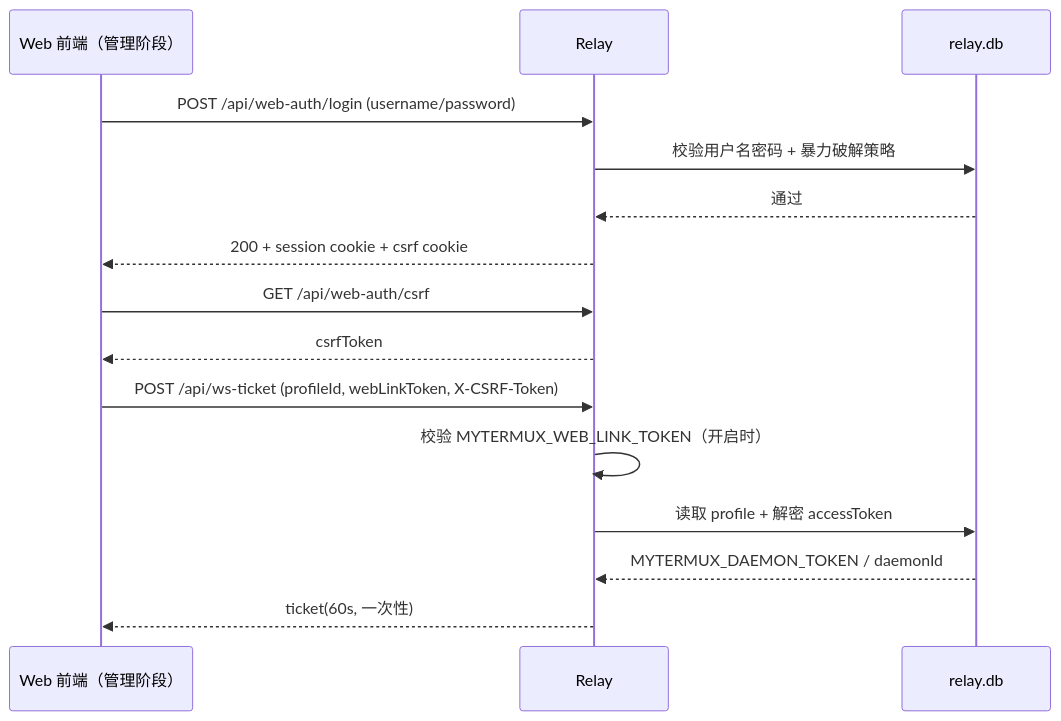
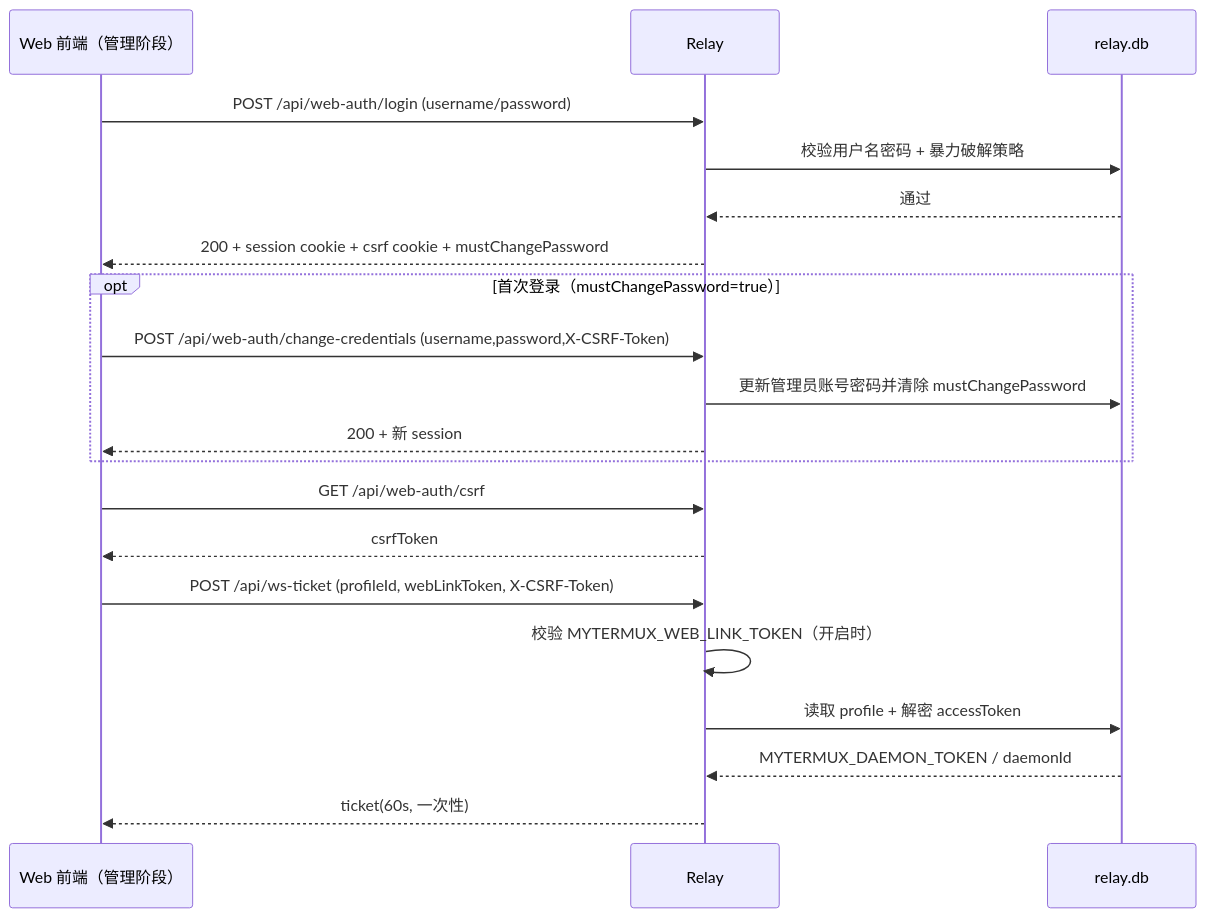
The second of 3 diagrams in docs/SERVICE_PROTOCOL_FLOW.md (ShakaRover/MyTermux), drawn with Mermaid before and after one commit. The commit also changed 22 other files, not shown here.

````diff
--- a/docs/SERVICE_PROTOCOL_FLOW.md
+++ b/docs/SERVICE_PROTOCOL_FLOW.md
@@ -33,20 +33,26 @@
 ```mermaid
 sequenceDiagram
   participant W as Web 前端（管理阶段）
   participant R as Relay
   participant DB as relay.db
 
   W->>R: POST /api/web-auth/login (username/password)
   R->>DB: 校验用户名密码 + 暴力破解策略
   DB-->>R: 通过
-  R-->>W: 200 + session cookie + csrf cookie
+  R-->>W: 200 + session cookie + csrf cookie + mustChangePassword
+
+  opt 首次登录（mustChangePassword=true）
+    W->>R: POST /api/web-auth/change-credentials (username,password,X-CSRF-Token)
+    R->>DB: 更新管理员账号密码并清除 mustChangePassword
+    R-->>W: 200 + 新 session
+  end
 
   W->>R: GET /api/web-auth/csrf
   R-->>W: csrfToken
 
   W->>R: POST /api/ws-ticket (profileId, webLinkToken, X-CSRF-Token)
   R->>R: 校验 MYTERMUX_WEB_LINK_TOKEN（开启时）
   R->>DB: 读取 profile + 解密 accessToken
   DB-->>R: MYTERMUX_DAEMON_TOKEN / daemonId
   R-->>W: ticket(60s, 一次性)
 ```
````
